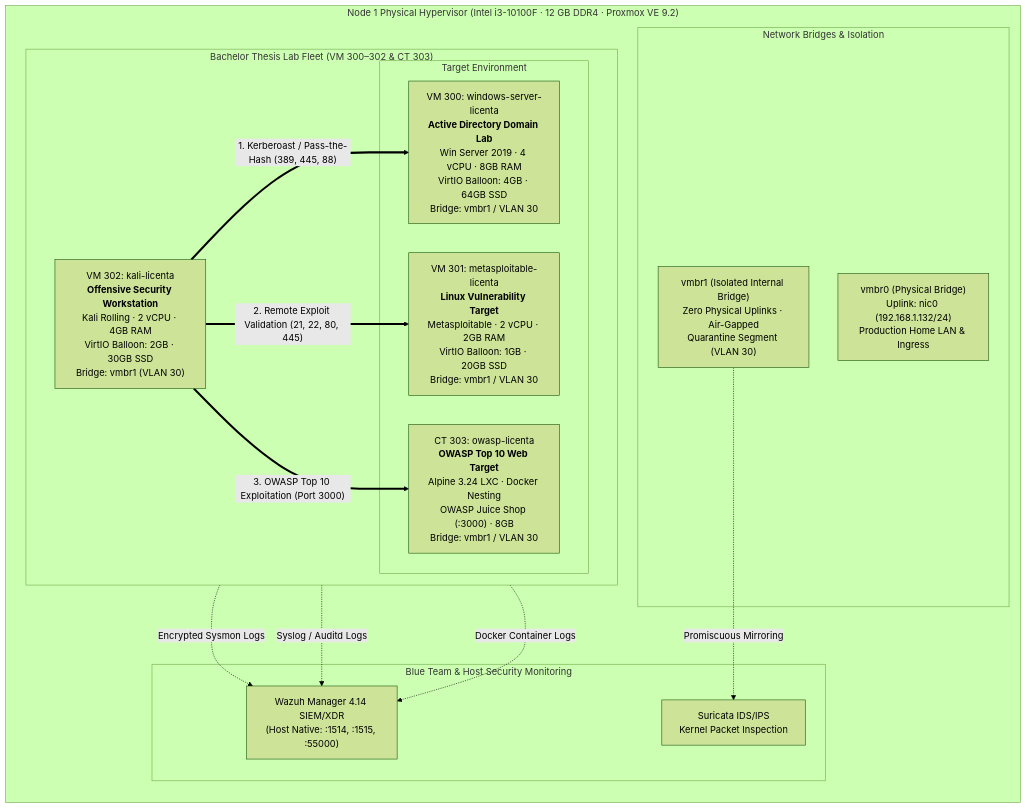
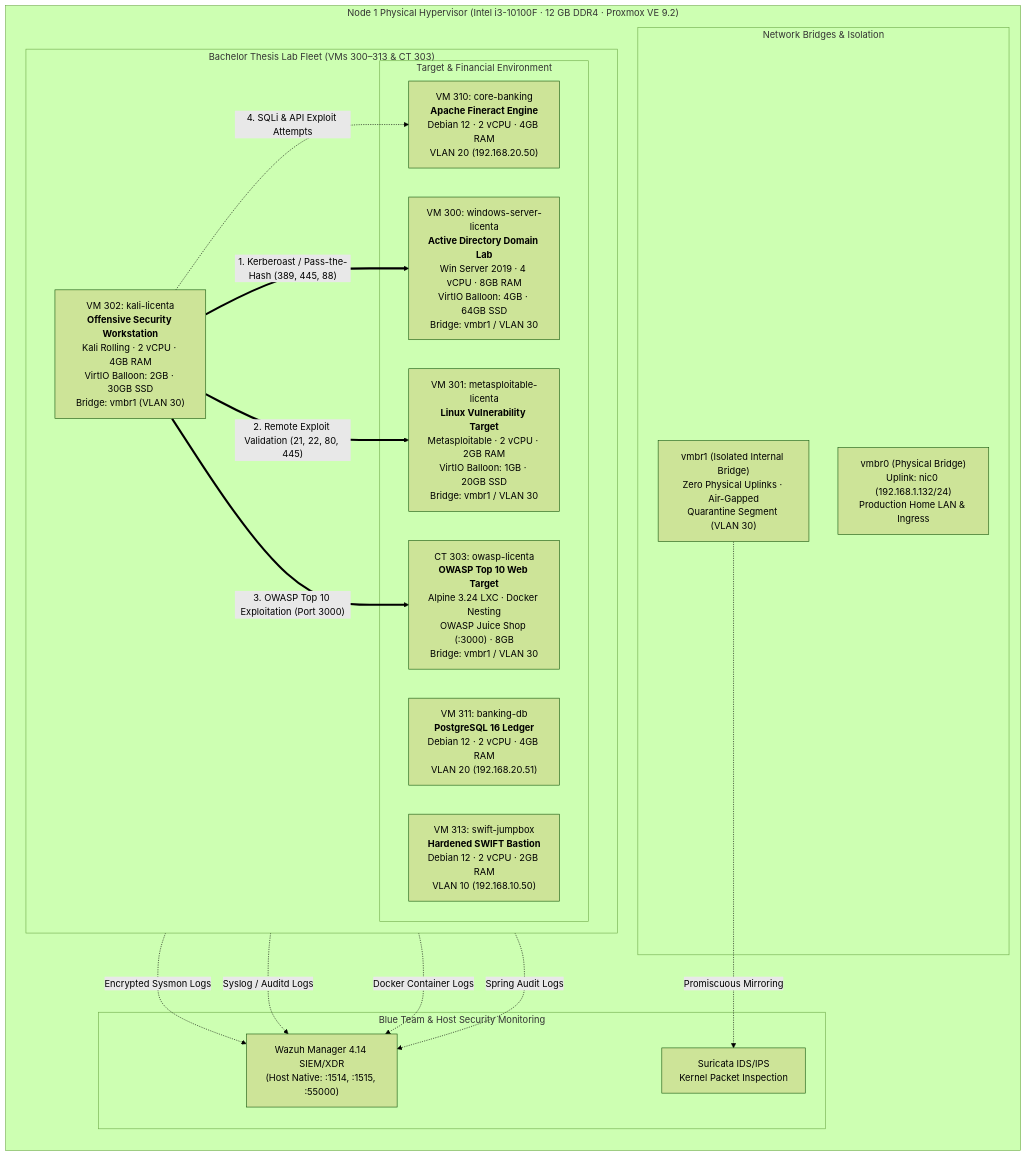
One commit to stefanutc1/infrastructure changed the diagram in docs/LICENTA_ARCHITECTURE.md. Above: the diagram before and after it, drawn with Mermaid (forest theme). The commit also changed other lines of this file and 64 other files, not shown here.

````diff
--- a/docs/LICENTA_ARCHITECTURE.md
+++ b/docs/LICENTA_ARCHITECTURE.md
@@ -23,38 +40,43 @@
 ```mermaid
 flowchart TB
     subgraph HYPERVISOR["Node 1 Physical Hypervisor (Intel i3-10100F · 12 GB DDR4 · Proxmox VE 9.2)"]
         direction TB
 
         subgraph BRIDGES["Network Bridges & Isolation"]
             VMBR0["vmbr0 (Physical Bridge)<br/>Uplink: nic0 (192.168.1.132/24)<br/>Production Home LAN & Ingress"]
             VMBR1["vmbr1 (Isolated Internal Bridge)<br/>Zero Physical Uplinks · Air-Gapped<br/>Quarantine Segment (VLAN 30)"]
         end
 
-        subgraph THESIS_FLEET["Bachelor Thesis Lab Fleet (VM 300–302 & CT 303)"]
+        subgraph THESIS_FLEET["Bachelor Thesis Lab Fleet (VMs 300–313 & CT 303)"]
             direction LR
             VM302["VM 302: kali-licenta<br/><b>Offensive Security Workstation</b><br/>Kali Rolling · 2 vCPU · 4GB RAM<br/>VirtIO Balloon: 2GB · 30GB SSD<br/>Bridge: vmbr1 (VLAN 30)"]
             
-            subgraph TARGETS["Target Environment"]
+            subgraph TARGETS["Target & Financial Environment"]
+                VM310["VM 310: core-banking<br/><b>Apache Fineract Engine</b><br/>Debian 12 · 2 vCPU · 4GB RAM<br/>VLAN 20 (192.168.20.50)"]
+                VM311["VM 311: banking-db<br/><b>PostgreSQL 16 Ledger</b><br/>Debian 12 · 2 vCPU · 4GB RAM<br/>VLAN 20 (192.168.20.51)"]
+                VM313["VM 313: swift-jumpbox<br/><b>Hardened SWIFT Bastion</b><br/>Debian 12 · 2 vCPU · 2GB RAM<br/>VLAN 10 (192.168.10.50)"]
                 VM300["VM 300: windows-server-licenta<br/><b>Active Directory Domain Lab</b><br/>Win Server 2019 · 4 vCPU · 8GB RAM<br/>VirtIO Balloon: 4GB · 64GB SSD<br/>Bridge: vmbr1 / VLAN 30"]
                 VM301["VM 301: metasploitable-licenta<br/><b>Linux Vulnerability Target</b><br/>Metasploitable · 2 vCPU · 2GB RAM<br/>VirtIO Balloon: 1GB · 20GB SSD<br/>Bridge: vmbr1 / VLAN 30"]
                 CT303["CT 303: owasp-licenta<br/><b>OWASP Top 10 Web Target</b><br/>Alpine 3.24 LXC · Docker Nesting<br/>OWASP Juice Shop (:3000) · 8GB<br/>Bridge: vmbr1 / VLAN 30"]
             end
         end
 
         subgraph TELEMETRY["Blue Team & Host Security Monitoring"]
             WAZUH["Wazuh Manager 4.14 SIEM/XDR<br/>(Host Native: :1514, :1515, :55000)"]
             SURICATA["Suricata IDS/IPS<br/>Kernel Packet Inspection"]
         end
     end
 
     %% Attack Flows
     VM302 ==>|"1. Kerberoast / Pass-the-Hash (389, 445, 88)"| VM300
     VM302 ==>|"2. Remote Exploit Validation (21, 22, 80, 445)"| VM301
     VM302 ==>|"3. OWASP Top 10 Exploitation (Port 3000)"| CT303
+    VM302 -.->|"4. SQLi & API Exploit Attempts"| VM310
 
     %% Telemetry Flows
     VM300 -.->|"Encrypted Sysmon Logs"| WAZUH
     VM301 -.->|"Syslog / Auditd Logs"| WAZUH
     CT303 -.->|"Docker Container Logs"| WAZUH
+    VM310 -.->|"Spring Audit Logs"| WAZUH
     VMBR1 -.->|"Promiscuous Mirroring"| SURICATA
 ```
````
